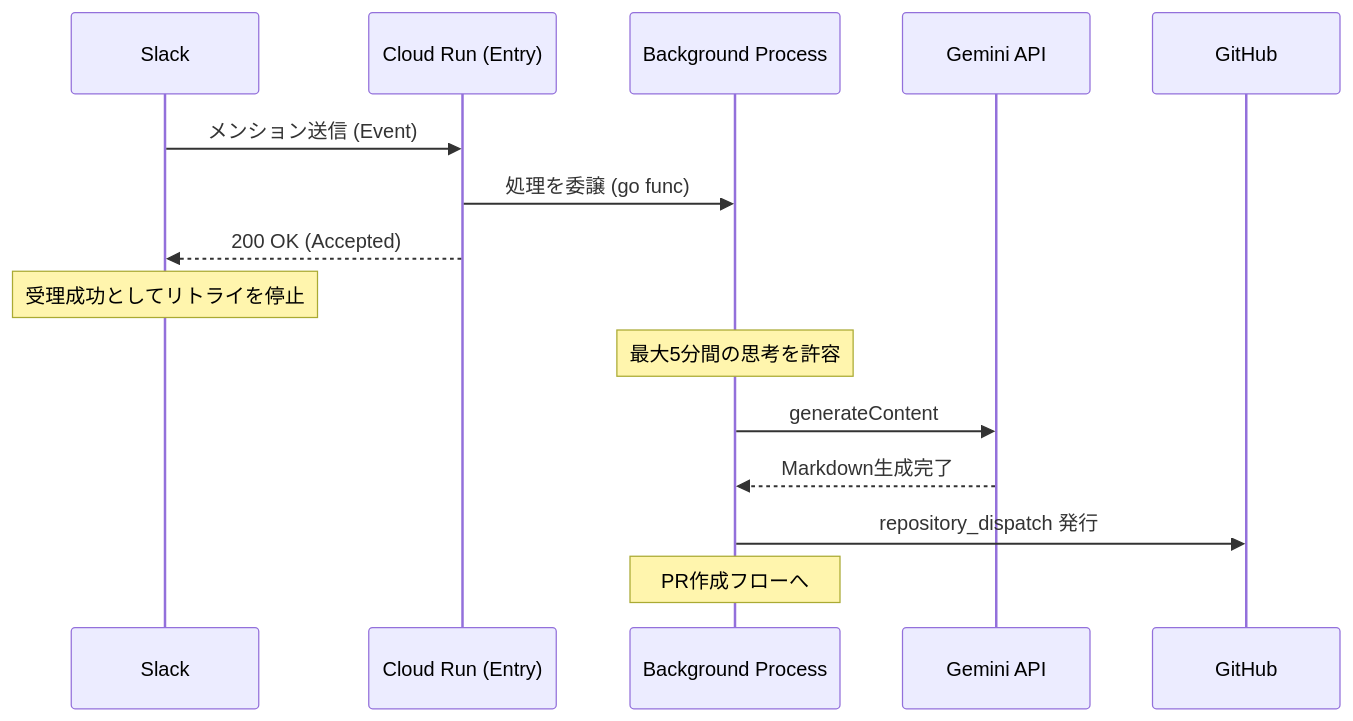
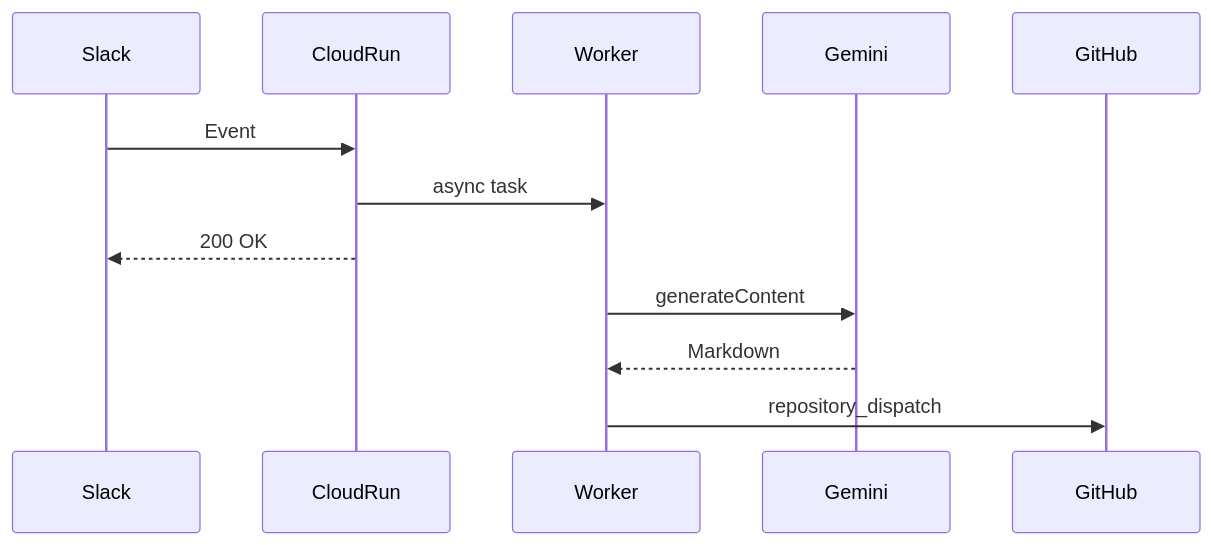
The second of 2 diagrams in 02_ARCHITECTURE/04_IAC_TERRAFORM/Terraform/design_docs/31_AI_AGENT_OPENGEMINI_LITE.md (conti0513/development_public), drawn with Mermaid before and after one commit. The commit also changed other lines of this file and 2 other files, not shown here.

````diff
--- a/02_ARCHITECTURE/04_IAC_TERRAFORM/Terraform/design_docs/31_AI_AGENT_OPENGEMINI_LITE.md
+++ b/02_ARCHITECTURE/04_IAC_TERRAFORM/Terraform/design_docs/31_AI_AGENT_OPENGEMINI_LITE.md
@@ -144,21 +266,17 @@
 ```mermaid
 sequenceDiagram
     participant Slack
-    participant CloudRun as Cloud Run (Entry)
-    participant Goroutine as Background Process
-    participant Gemini as Gemini API
+    participant CloudRun
+    participant Worker
+    participant Gemini
     participant GitHub
 
-    Slack->>CloudRun: メンション送信 (Event)
-    CloudRun->>Goroutine: 処理を委譲 (go func)
-    CloudRun-->>Slack: 200 OK (Accepted)
-    Note over Slack: 受理成功としてリトライを停止
+    Slack->>CloudRun: Event
+    CloudRun->>Worker: async task
+    CloudRun-->>Slack: 200 OK
     
-    Note over Goroutine: 最大5分間の思考を許容
-    Goroutine->>Gemini: generateContent
-    Gemini-->>Goroutine: Markdown生成完了
+    Worker->>Gemini: generateContent
+    Gemini-->>Worker: Markdown
     
-    Goroutine->>GitHub: repository_dispatch 発行
-    Note over Goroutine: PR作成フローへ
-
+    Worker->>GitHub: repository_dispatch
 ```
````
